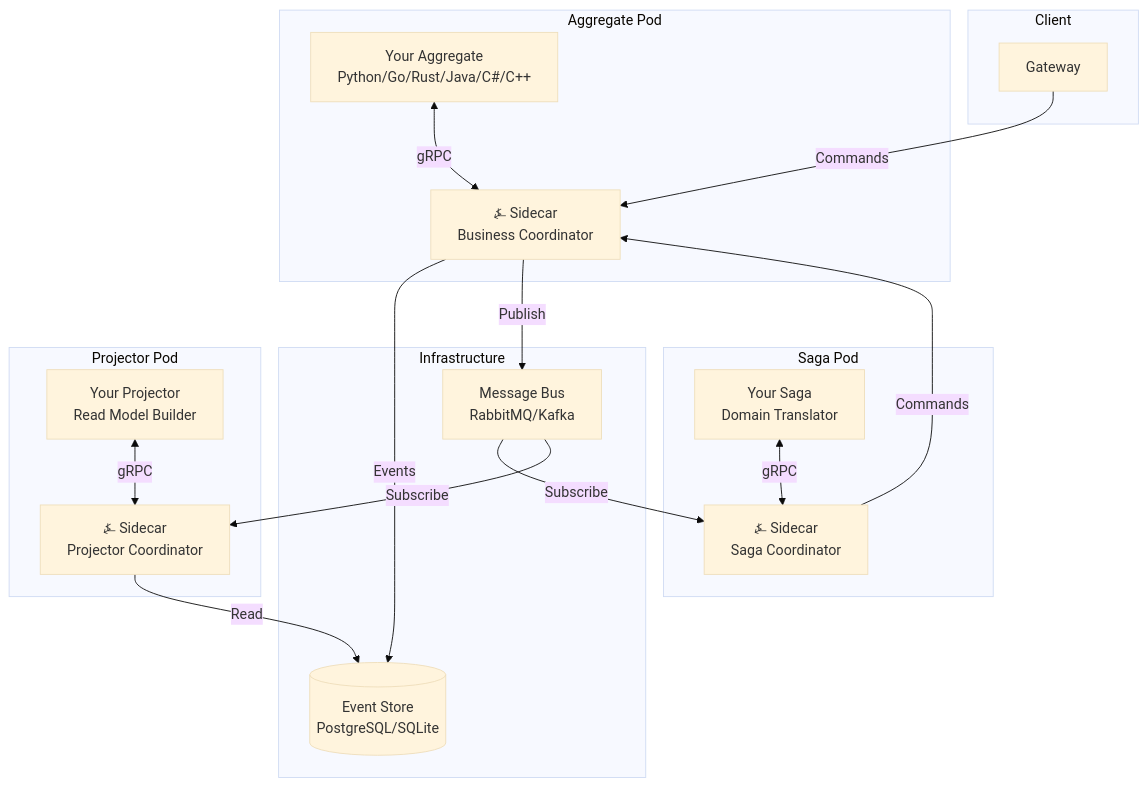
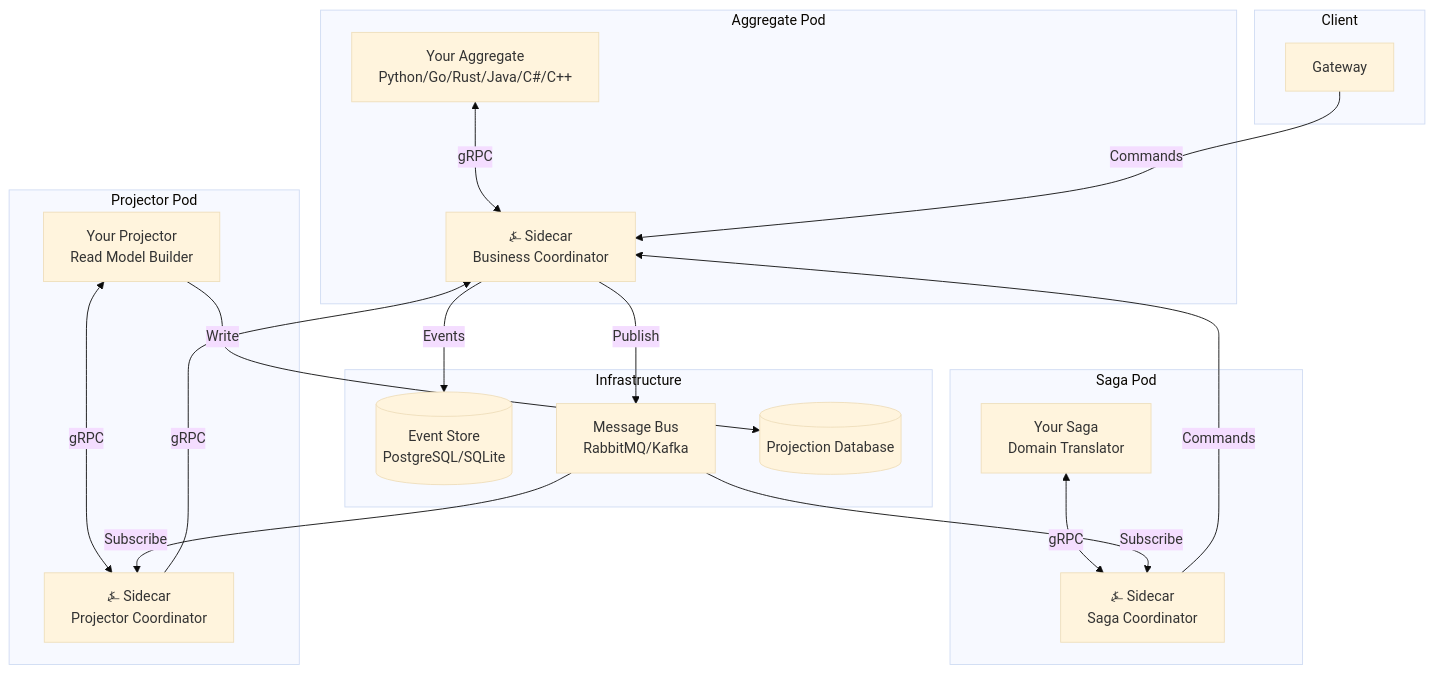
Before and after one commit to benjaminabbitt/angzarr: the diagram in docs/docs/intro.md, drawn with Mermaid (base theme).

Commit message:
Update architecture preview: projector uses gRPC to aggregate coordinator
- Add projection database to infrastructure
- Projector writes to its own database instead of reading event store
- Projector coordinator fetches state via gRPC from aggregate coordinator

````diff
--- a/docs/docs/intro.md
+++ b/docs/docs/intro.md
@@ -73,37 +73,39 @@
 ```mermaid
 flowchart TB
     subgraph Client
         GW[Gateway]
     end
 
     subgraph Infrastructure
         ES[(Event Store<br/>PostgreSQL/SQLite)]
         BUS[Message Bus<br/>RabbitMQ/Kafka]
+        PRJ_DB[(Projection Database)]
     end
 
     subgraph AggPod[Aggregate Pod]
         AGG[Your Aggregate<br/>Python/Go/Rust/Java/C#/C++]
         AGG_COORD[⍼ Sidecar<br/>Business Coordinator]
         AGG <--> |gRPC| AGG_COORD
     end
 
     subgraph SagaPod[Saga Pod]
         SAGA[Your Saga<br/>Domain Translator]
         SAGA_COORD[⍼ Sidecar<br/>Saga Coordinator]
         SAGA <--> |gRPC| SAGA_COORD
     end
 
     subgraph PrjPod[Projector Pod]
         PRJ[Your Projector<br/>Read Model Builder]
         PRJ_COORD[⍼ Sidecar<br/>Projector Coordinator]
         PRJ <--> |gRPC| PRJ_COORD
     end
 
     GW --> |Commands| AGG_COORD
     AGG_COORD --> |Events| ES
     AGG_COORD --> |Publish| BUS
     BUS --> |Subscribe| SAGA_COORD
     BUS --> |Subscribe| PRJ_COORD
     SAGA_COORD --> |Commands| AGG_COORD
-    PRJ_COORD --> |Read| ES
+    PRJ_COORD --> |gRPC| AGG_COORD
+    PRJ --> |Write| PRJ_DB
 ```
````
